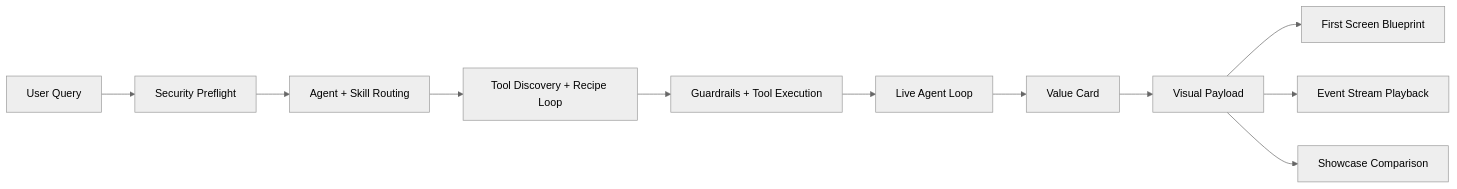
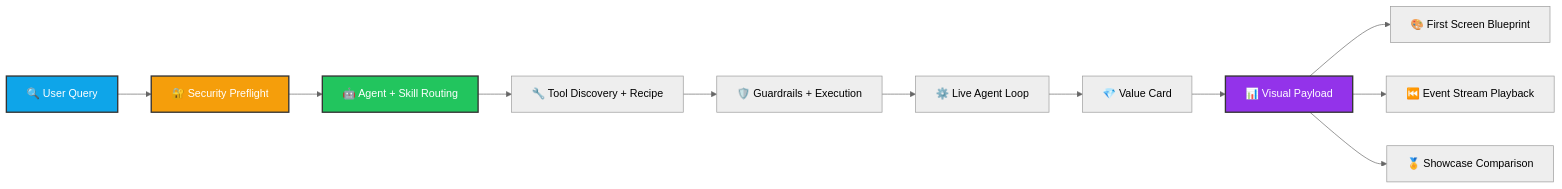
The diagram in README.md (haorui-harry/agent-harness), drawn with Mermaid (neutral theme) before and after one commit. The commit also changed other lines of this file, not shown here.

````diff
--- a/README.md
+++ b/README.md
@@ -38,13 +64,18 @@
 ```mermaid
 flowchart LR
-    A[User Query] --> B[Security Preflight]
-    B --> C[Agent + Skill Routing]
-    C --> D[Tool Discovery + Recipe Loop]
-    D --> E[Guardrails + Tool Execution]
-    E --> F[Live Agent Loop]
-    F --> G[Value Card]
-    G --> H[Visual Payload]
-    H --> I[First Screen Blueprint]
-    H --> J[Event Stream Playback]
-    H --> K[Showcase Comparison]
+    A["🔍 User Query"] --> B["🔐 Security Preflight"]
+    B --> C["🤖 Agent + Skill Routing"]
+    C --> D["🔧 Tool Discovery + Recipe"]
+    D --> E["🛡️ Guardrails + Execution"]
+    E --> F["⚙️ Live Agent Loop"]
+    F --> G["💎 Value Card"]
+    G --> H["📊 Visual Payload"]
+    H --> I["🎨 First Screen Blueprint"]
+    H --> J["⏮️ Event Stream Playback"]
+    H --> K["🏅 Showcase Comparison"]
+    
+    style A fill:#0EA5E9,stroke:#333,stroke-width:2px,color:#fff
+    style B fill:#F59E0B,stroke:#333,stroke-width:2px,color:#fff
+    style C fill:#22C55E,stroke:#333,stroke-width:2px,color:#fff
+    style H fill:#9333EA,stroke:#333,stroke-width:2px,color:#fff
 ```
````
